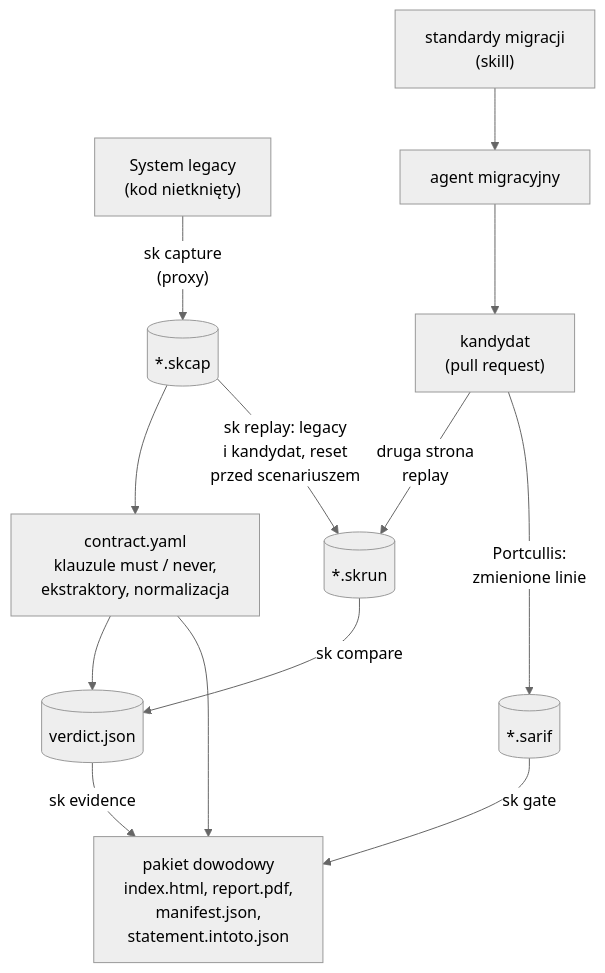
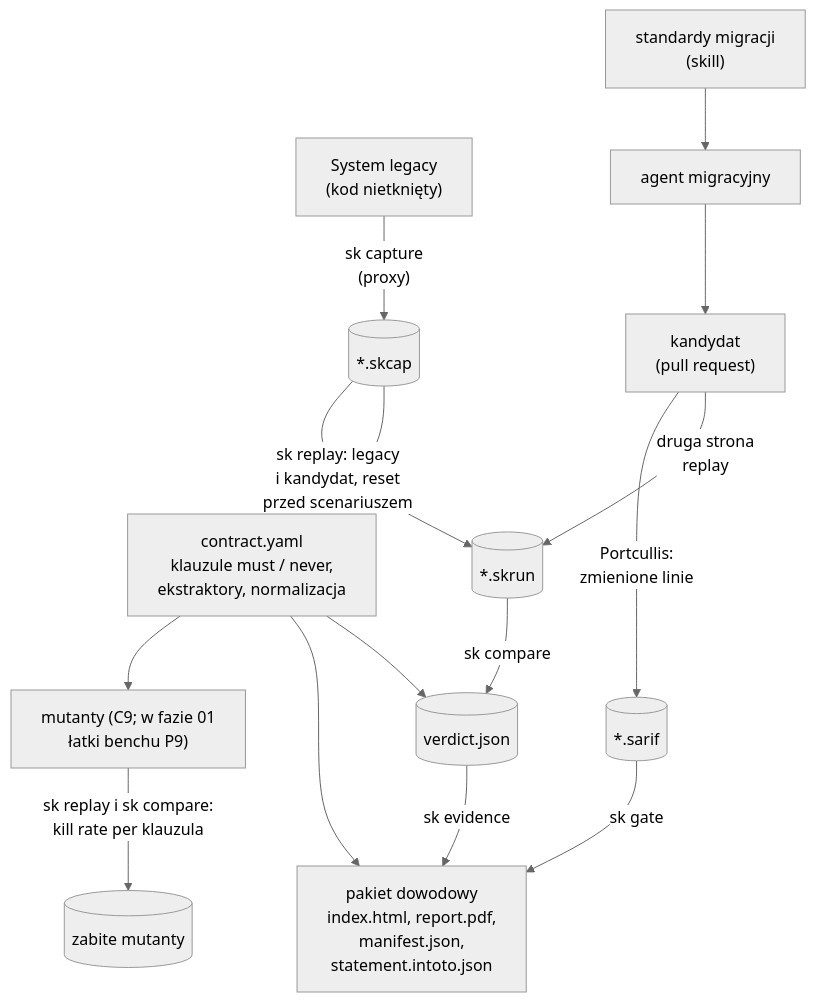
One commit to konradcinkusz/letsgolegacy.secondkey changed the diagram in docs/diagrams/a2-lancuch-weryfikacji.mmd. Above: the diagram before and after it, drawn with Mermaid (neutral theme). The commit also changed 26 other files, not shown here.

```diff
--- a/docs/diagrams/a2-lancuch-weryfikacji.mmd
+++ b/docs/diagrams/a2-lancuch-weryfikacji.mmd
@@ -1,13 +1,15 @@
 flowchart TB
   LEG["System legacy<br/>(kod nietknięty)"] -- "sk capture<br/>(proxy)" --> SKCAP[("*.skcap")]
   STD["standardy migracji<br/>(skill)"] --> AG["agent migracyjny"]
   AG --> CAND["kandydat<br/>(pull request)"]
   SKCAP --> CON["contract.yaml<br/>klauzule must / never,<br/>ekstraktory, normalizacja"]
   SKCAP -- "sk replay: legacy<br/>i kandydat, reset<br/>przed scenariuszem" --> SKRUN[("*.skrun")]
   CAND -- "druga strona<br/>replay" --> SKRUN
   CAND -- "Portcullis:<br/>zmienione linie" --> SARIF[("*.sarif")]
   SKRUN -- "sk compare" --> VER[("verdict.json")]
   CON --> VER
   VER -- "sk evidence" --> PACK["pakiet dowodowy<br/>index.html, report.pdf,<br/>manifest.json,<br/>statement.intoto.json"]
   SARIF -- "sk gate" --> PACK
   CON --> PACK
+  CON --> MUT["mutanty (C9; w fazie 01<br/>łatki benchu P9)"]
+  MUT -- "sk replay i sk compare:<br/>kill rate per klauzula" --> KR[("zabite mutanty")]
```
